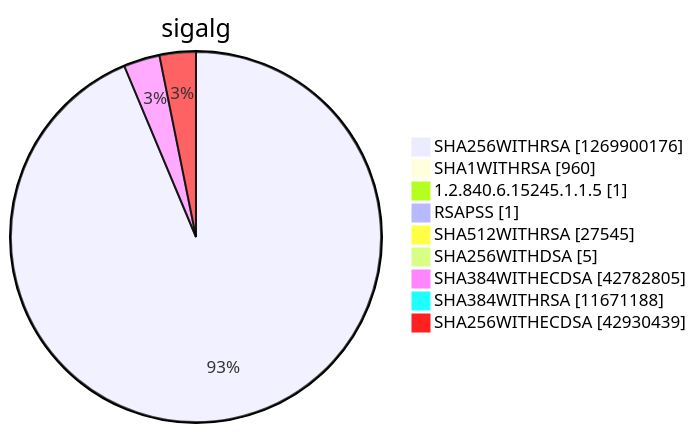
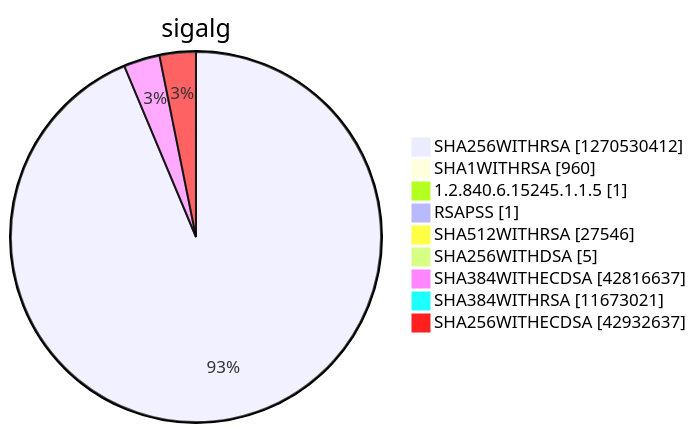
Before and after one commit to christiankrug/ctmonitor_visualization: diagram 15 of 15 in argon2022/README.md, drawn with Mermaid. The commit also changed other lines of this file, not shown here.

````diff
--- a/argon2022/README.md
+++ b/argon2022/README.md
@@ -5522,13 +5522,13 @@
 ```mermaid
 pie showData
 title sigalg
-"SHA256WITHRSA" :1269900176
+"SHA256WITHRSA" :1270530412
 "SHA1WITHRSA" :960
 "1.2.840.6.15245.1.1.5" :1
 "RSAPSS" :1
-"SHA512WITHRSA" :27545
+"SHA512WITHRSA" :27546
 "SHA256WITHDSA" :5
-"SHA384WITHECDSA" :42782805
-"SHA384WITHRSA" :11671188
-"SHA256WITHECDSA" :42930439
+"SHA384WITHECDSA" :42816637
+"SHA384WITHRSA" :11673021
+"SHA256WITHECDSA" :42932637
 ```
````
